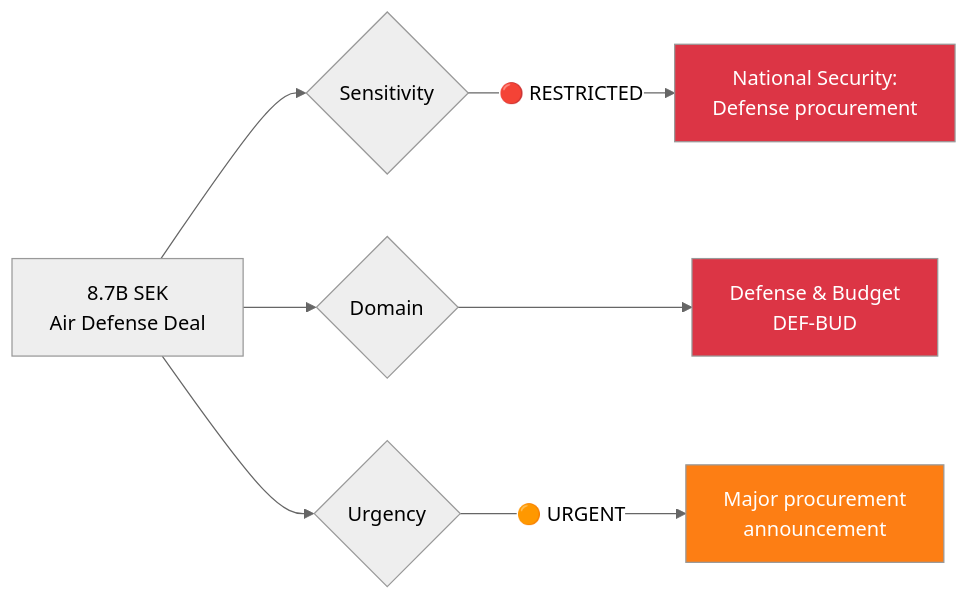
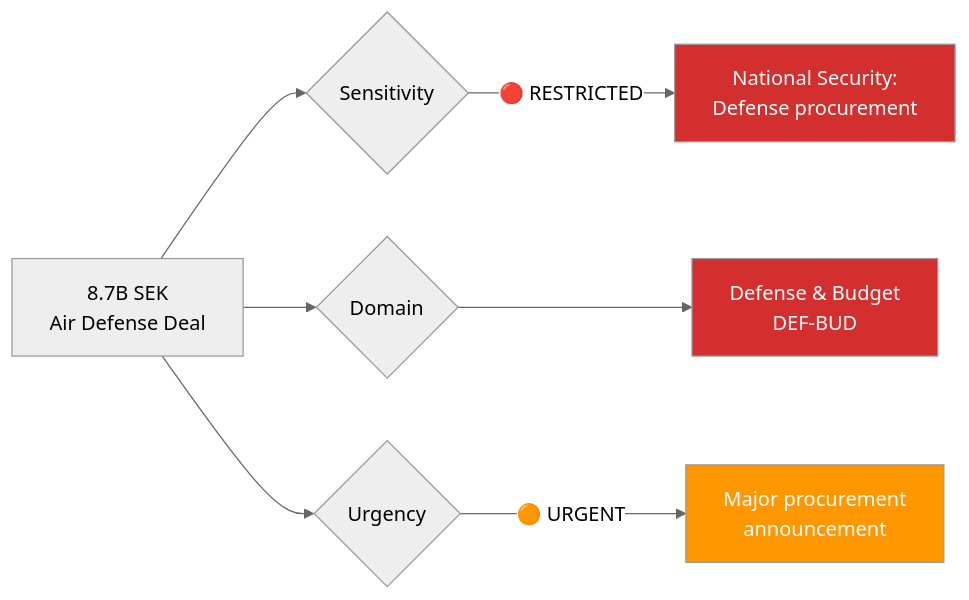
The diagram in analysis/daily/2026-04-03/realtime-1018/documents/govt-air-defense-analysis.md (Hack23/riksdagsmonitor), drawn with Mermaid (neutral theme) before and after one commit. The commit also changed 785 other files, not shown here.

First line of the commit message:
Normalize mermaid colors across 786 analysis artifacts to ISMS Style Guide palette

````diff
--- a/analysis/daily/2026-04-03/realtime-1018/documents/govt-air-defense-analysis.md
+++ b/analysis/daily/2026-04-03/realtime-1018/documents/govt-air-defense-analysis.md
@@ -27,15 +27,15 @@
 ```mermaid
 graph LR
     A["8.7B SEK<br/>Air Defense Deal"] --> B{Sensitivity}
     B -->|"🔴 RESTRICTED"| C["National Security:<br/>Defense procurement"]
 
     A --> G{Domain}
     G --> H["Defense & Budget<br/>DEF-BUD"]
 
     A --> I{Urgency}
     I -->|"🟠 URGENT"| K["Major procurement<br/>announcement"]
 
-    style C fill:#dc3545,color:#fff
-    style H fill:#dc3545,color:#fff
-    style K fill:#fd7e14,color:#fff
+    style C fill:#D32F2F,color:#FFFFFF
+    style H fill:#D32F2F,color:#FFFFFF
+    style K fill:#FF9800,color:#FFFFFF
 ```
````
